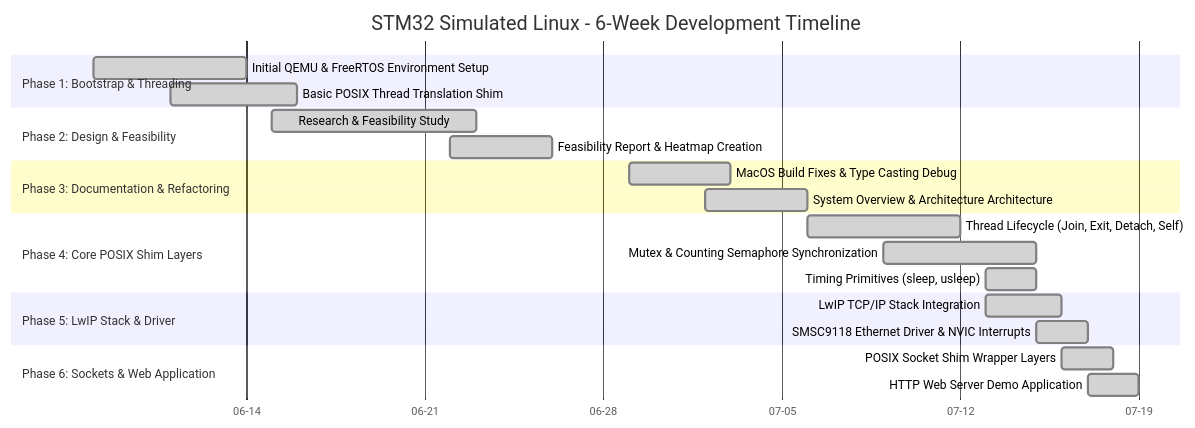
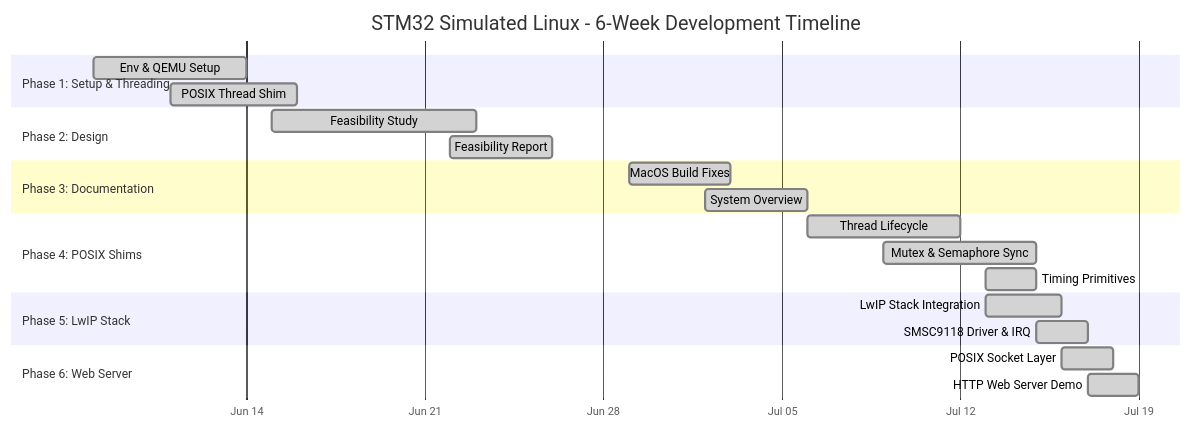
Before and after one commit to Akshat1508/STM32-Simulated-Linux: the diagram in gantt_chart.md, drawn with Mermaid. The commit also changed other lines of this file and 2 other files, not shown here.

Commit message:
feat: add script to generate visual Gantt chart PDF from project roadmap

````diff
--- a/gantt_chart.md
+++ b/gantt_chart.md
@@ -11,32 +11,34 @@
 ```mermaid
 gantt
     title STM32 Simulated Linux - 6-Week Development Timeline
     dateFormat  YYYY-MM-DD
-    axisFormat  %m-%d
+    axisFormat  %b %d
+    tickInterval 1w
+    weekday monday
     todayMarker off
 
-    section Phase 1: Bootstrap & Threading
-    Initial QEMU & FreeRTOS Environment Setup   :done,    t1, 2026-06-08, 2026-06-14
-    Basic POSIX Thread Translation Shim         :done,    t2, 2026-06-11, 2026-06-16
+    section Phase 1: Setup & Threading
+    Env & QEMU Setup             :done, t1, 2026-06-08, 2026-06-14
+    POSIX Thread Shim            :done, t2, 2026-06-11, 2026-06-16
 
-    section Phase 2: Design & Feasibility
-    Research & Feasibility Study                 :done,    t3, 2026-06-15, 2026-06-23
-    Feasibility Report & Heatmap Creation        :done,    t4, 2026-06-22, 2026-06-26
+    section Phase 2: Design
+    Feasibility Study            :done, t3, 2026-06-15, 2026-06-23
+    Feasibility Report           :done, t4, 2026-06-22, 2026-06-26
 
-    section Phase 3: Documentation & Refactoring
-    MacOS Build Fixes & Type Casting Debug       :done,    t5, 2026-06-29, 2026-07-03
-    System Overview & Architecture Architecture  :done,    t6, 2026-07-02, 2026-07-06
+    section Phase 3: Documentation
+    MacOS Build Fixes            :done, t5, 2026-06-29, 2026-07-03
+    System Overview              :done, t6, 2026-07-02, 2026-07-06
 
-    section Phase 4: Core POSIX Shim Layers
-    Thread Lifecycle (Join, Exit, Detach, Self)  :done,    t7, 2026-07-06, 2026-07-12
-    Mutex & Counting Semaphore Synchronization  :done,    t8, 2026-07-09, 2026-07-15
-    Timing Primitives (sleep, usleep)            :done,    t9, 2026-07-13, 2026-07-15
+    section Phase 4: POSIX Shims
+    Thread Lifecycle             :done, t7, 2026-07-06, 2026-07-12
+    Mutex & Semaphore Sync       :done, t8, 2026-07-09, 2026-07-15
+    Timing Primitives            :done, t9, 2026-07-13, 2026-07-15
 
-    section Phase 5: LwIP Stack & Driver
-    LwIP TCP/IP Stack Integration                :done,    t10, 2026-07-13, 2026-07-16
-    SMSC9118 Ethernet Driver & NVIC Interrupts   :done,    t11, 2026-07-15, 2026-07-17
+    section Phase 5: LwIP Stack
+    LwIP Stack Integration       :done, t10, 2026-07-13, 2026-07-16
+    SMSC9118 Driver & IRQ        :done, t11, 2026-07-15, 2026-07-17
 
-    section Phase 6: Sockets & Web Application
-    POSIX Socket Shim Wrapper Layers            :done,    t12, 2026-07-16, 2026-07-18
-    HTTP Web Server Demo Application             :done,    t13, 2026-07-17, 2026-07-19
+    section Phase 6: Web Server
+    POSIX Socket Layer           :done, t12, 2026-07-16, 2026-07-18
+    HTTP Web Server Demo         :done, t13, 2026-07-17, 2026-07-19
 ```
````
